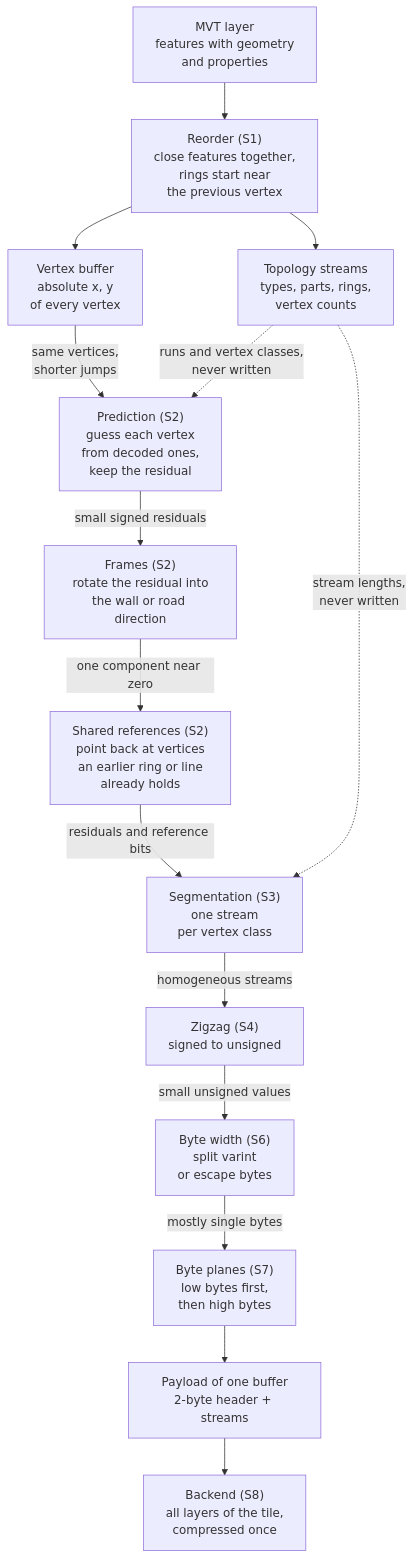
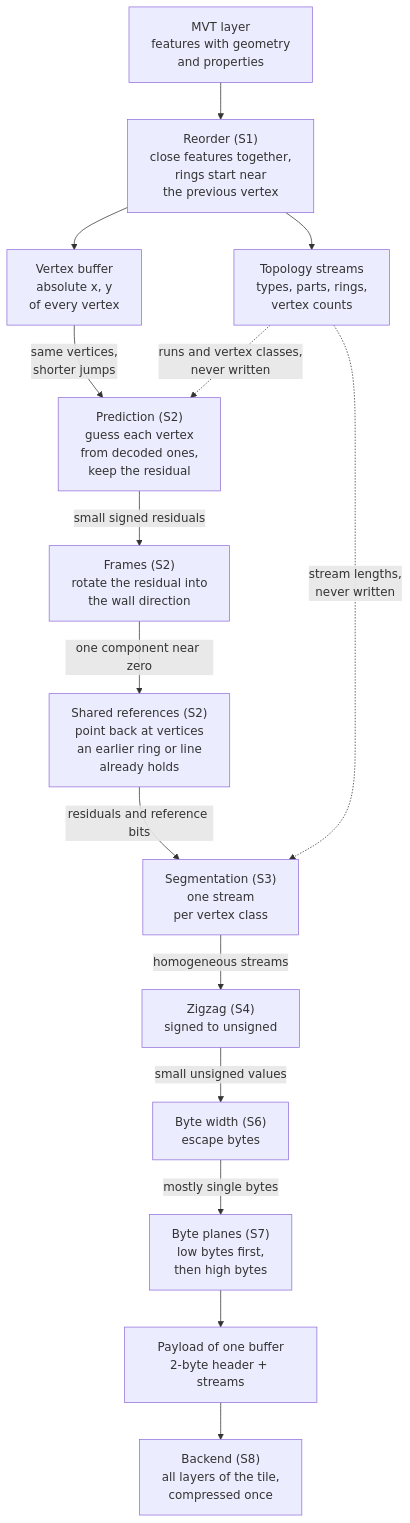
One commit to Turtelll/Thesis changed the diagram in docs/index.md. Above: the diagram before and after it, drawn with Mermaid. The commit also changed other lines of this file and 20 other files, not shown here.

````diff
--- a/docs/index.md
+++ b/docs/index.md
@@ -74,31 +98,31 @@
 ```mermaid
 flowchart TD
     layer["MVT layer<br/>features with geometry<br/>and properties"]
     s1["Reorder (S1)<br/>close features together,<br/>rings start near<br/>the previous vertex"]
     topo["Topology streams<br/>types, parts, rings,<br/>vertex counts"]
     vb["Vertex buffer<br/>absolute x, y<br/>of every vertex"]
     s2["Prediction (S2)<br/>guess each vertex<br/>from decoded ones,<br/>keep the residual"]
-    s2f["Frames (S2)<br/>rotate the residual into<br/>the wall or road direction"]
+    s2f["Frames (S2)<br/>rotate the residual into<br/>the wall direction"]
     s2r["Shared references (S2)<br/>point back at vertices<br/>an earlier ring or line<br/>already holds"]
     s3["Segmentation (S3)<br/>one stream<br/>per vertex class"]
     s4["Zigzag (S4)<br/>signed to unsigned"]
-    s6["Byte width (S6)<br/>split varint<br/>or escape bytes"]
+    s6["Byte width (S6)<br/>escape bytes"]
     s7["Byte planes (S7)<br/>low bytes first,<br/>then high bytes"]
     payload["Payload of one buffer<br/>2-byte header + streams"]
     s8["Backend (S8)<br/>all layers of the tile,<br/>compressed once"]
 
     layer --> s1
     s1 --> topo
     s1 --> vb
     vb -->|"same vertices,<br/>shorter jumps"| s2
     s2 -->|"small signed residuals"| s2f
     s2f -->|"one component near zero"| s2r
     s2r -->|"residuals and reference bits"| s3
     s3 -->|"homogeneous streams"| s4
     s4 -->|"small unsigned values"| s6
     s6 -->|"mostly single bytes"| s7
     s7 --> payload
     payload --> s8
     topo -.->|"runs and vertex classes,<br/>never written"| s2
     topo -.->|"stream lengths,<br/>never written"| s3
 ```
````
